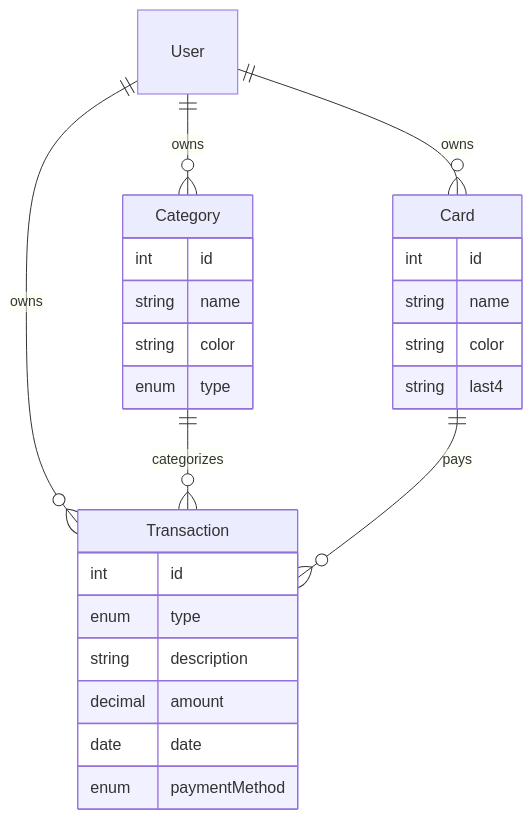
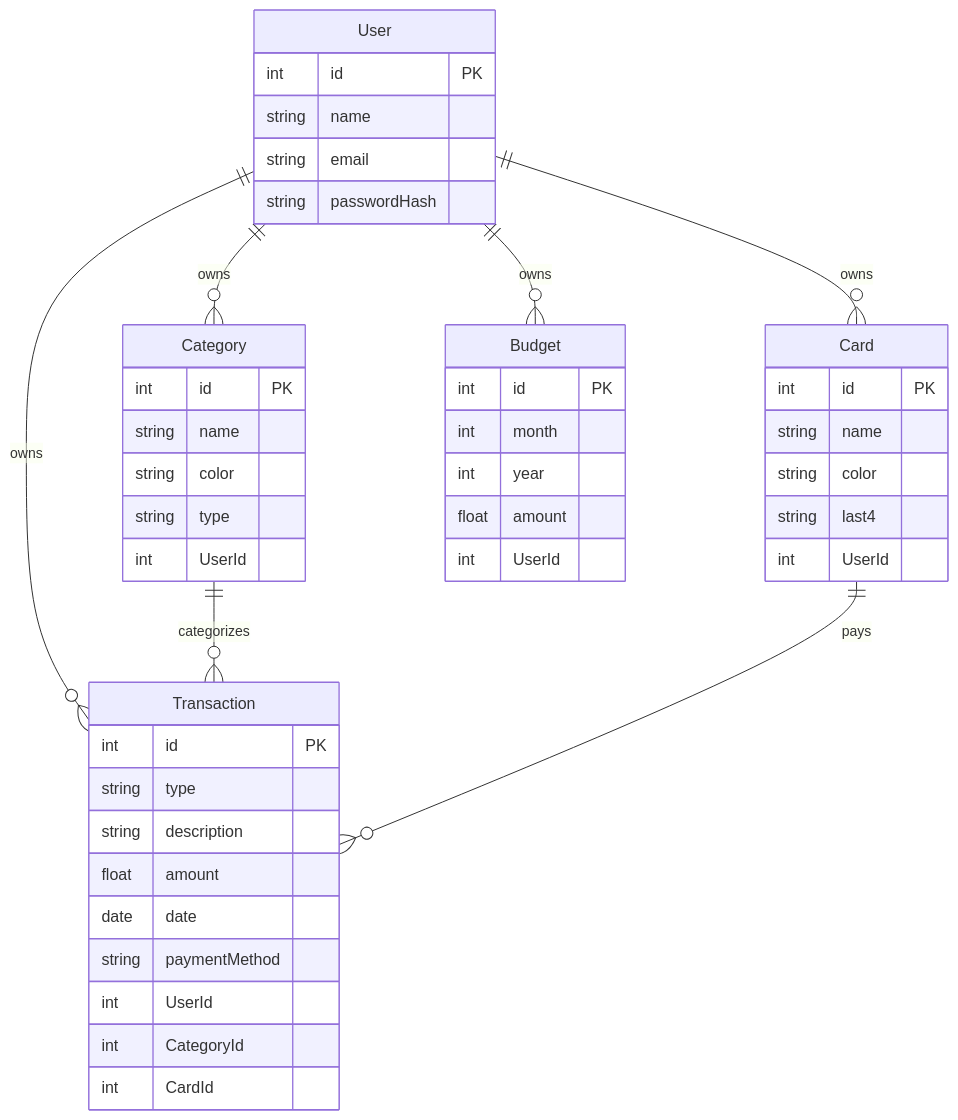
The diagram in docs/dev/base-datos.md (fernandofedora/goal-document), drawn with Mermaid before and after one commit. The commit also changed other lines of this file and 11 other files, not shown here.

````diff
--- a/docs/dev/base-datos.md
+++ b/docs/dev/base-datos.md
@@ -4,28 +4,47 @@
 ```mermaid
 erDiagram
   User ||--o{ Category : owns
   User ||--o{ Card : owns
   User ||--o{ Transaction : owns
+  User ||--o{ Budget : owns
   Category ||--o{ Transaction : categorizes
   Card ||--o{ Transaction : pays
-  Transaction {
-    int id
-    enum type
-    string description
-    decimal amount
-    date date
-    enum paymentMethod
+  User {
+    int id PK
+    string name
+    string email
+    string passwordHash
   }
   Category {
-    int id
+    int id PK
     string name
     string color
-    enum type
+    string type
+    int UserId
   }
   Card {
-    int id
+    int id PK
     string name
     string color
     string last4
+    int UserId
+  }
+  Transaction {
+    int id PK
+    string type
+    string description
+    float amount
+    date date
+    string paymentMethod
+    int UserId
+    int CategoryId
+    int CardId
+  }
+  Budget {
+    int id PK
+    int month
+    int year
+    float amount
+    int UserId
   }
 ```
````
